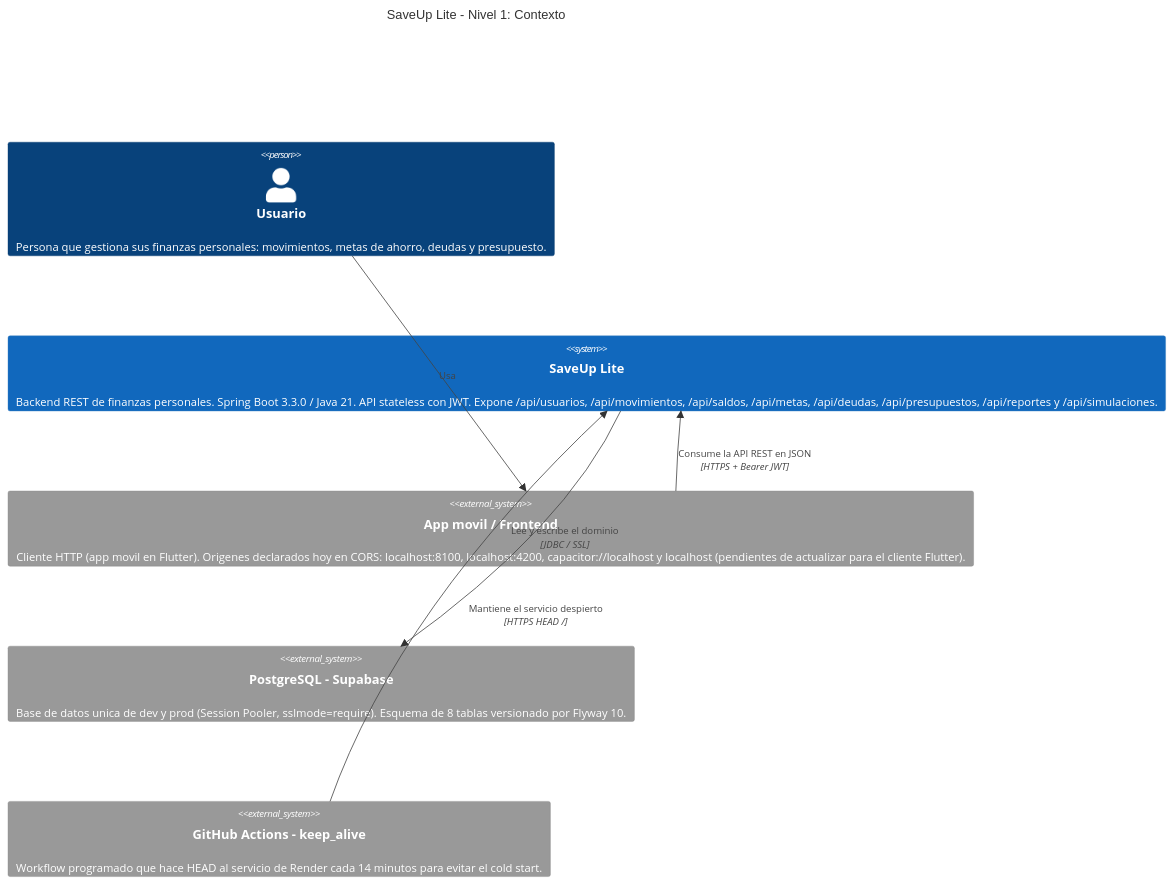
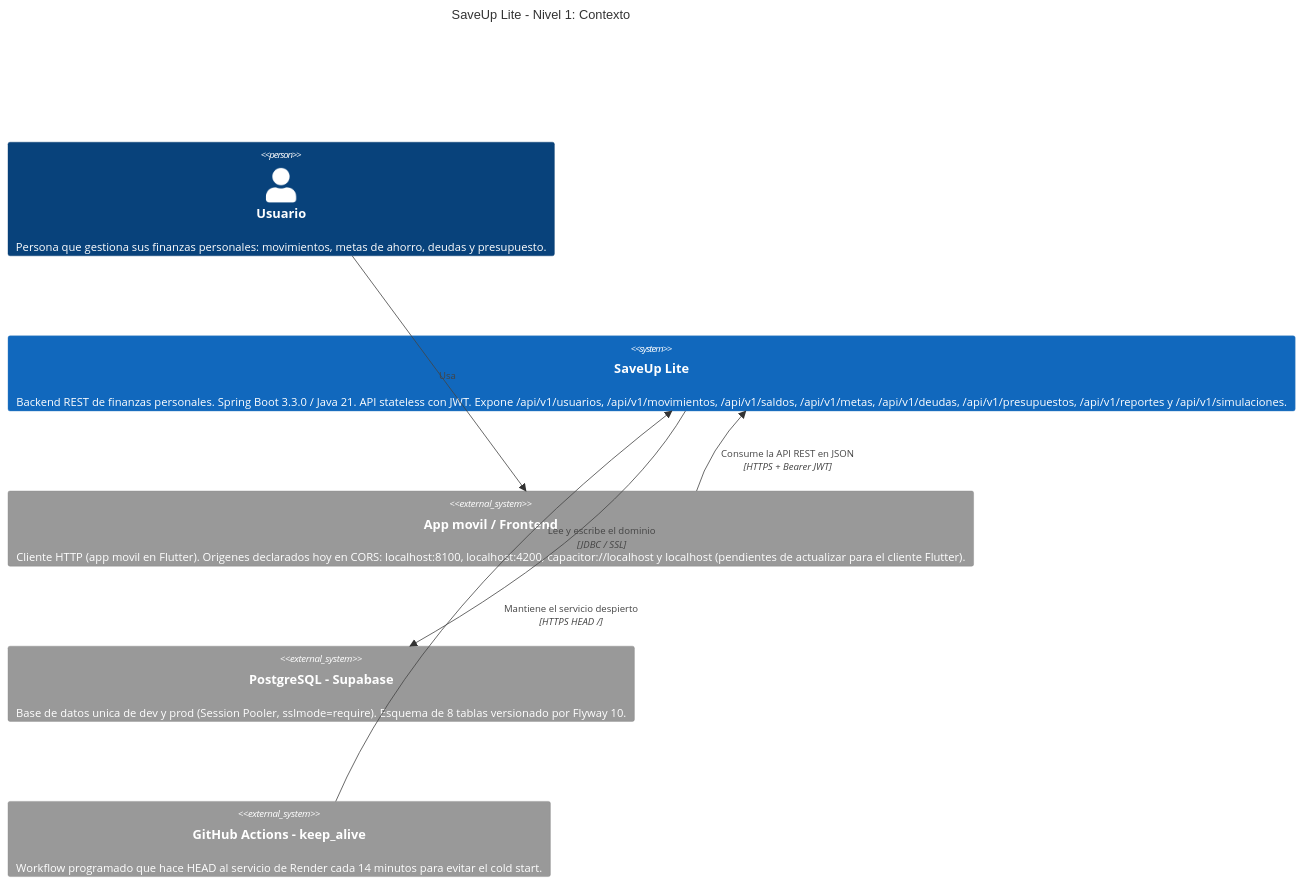
Before and after one commit to ItsMilkey/LITE: the diagram in docs/diagramas/01-contexto.md, drawn with Mermaid. The commit also changed other lines of this file and 95 other files, not shown here.

````diff
--- a/docs/diagramas/01-contexto.md
+++ b/docs/diagramas/01-contexto.md
@@ -17,19 +17,19 @@
 ```mermaid
 C4Context
     title SaveUp Lite - Nivel 1: Contexto
 
     Person(usuario, "Usuario", "Persona que gestiona sus finanzas personales: movimientos, metas de ahorro, deudas y presupuesto.")
 
-    System(saveup, "SaveUp Lite", "Backend REST de finanzas personales. Spring Boot 3.3.0 / Java 21. API stateless con JWT. Expone /api/usuarios, /api/movimientos, /api/saldos, /api/metas, /api/deudas, /api/presupuestos, /api/reportes y /api/simulaciones.")
+    System(saveup, "SaveUp Lite", "Backend REST de finanzas personales. Spring Boot 3.3.0 / Java 21. API stateless con JWT. Expone /api/v1/usuarios, /api/v1/movimientos, /api/v1/saldos, /api/v1/metas, /api/v1/deudas, /api/v1/presupuestos, /api/v1/reportes y /api/v1/simulaciones.")
 
     System_Ext(cliente, "App movil / Frontend", "Cliente HTTP (app movil en Flutter). Origenes declarados hoy en CORS: localhost:8100, localhost:4200, capacitor://localhost y localhost (pendientes de actualizar para el cliente Flutter).")
 
     System_Ext(supabase, "PostgreSQL - Supabase", "Base de datos unica de dev y prod (Session Pooler, sslmode=require). Esquema de 8 tablas versionado por Flyway 10.")
 
     System_Ext(cron, "GitHub Actions - keep_alive", "Workflow programado que hace HEAD al servicio de Render cada 14 minutos para evitar el cold start.")
 
     Rel(usuario, cliente, "Usa")
     Rel(cliente, saveup, "Consume la API REST en JSON", "HTTPS + Bearer JWT")
     Rel(saveup, supabase, "Lee y escribe el dominio", "JDBC / SSL")
     Rel(cron, saveup, "Mantiene el servicio despierto", "HTTPS HEAD /")
 ```
````
